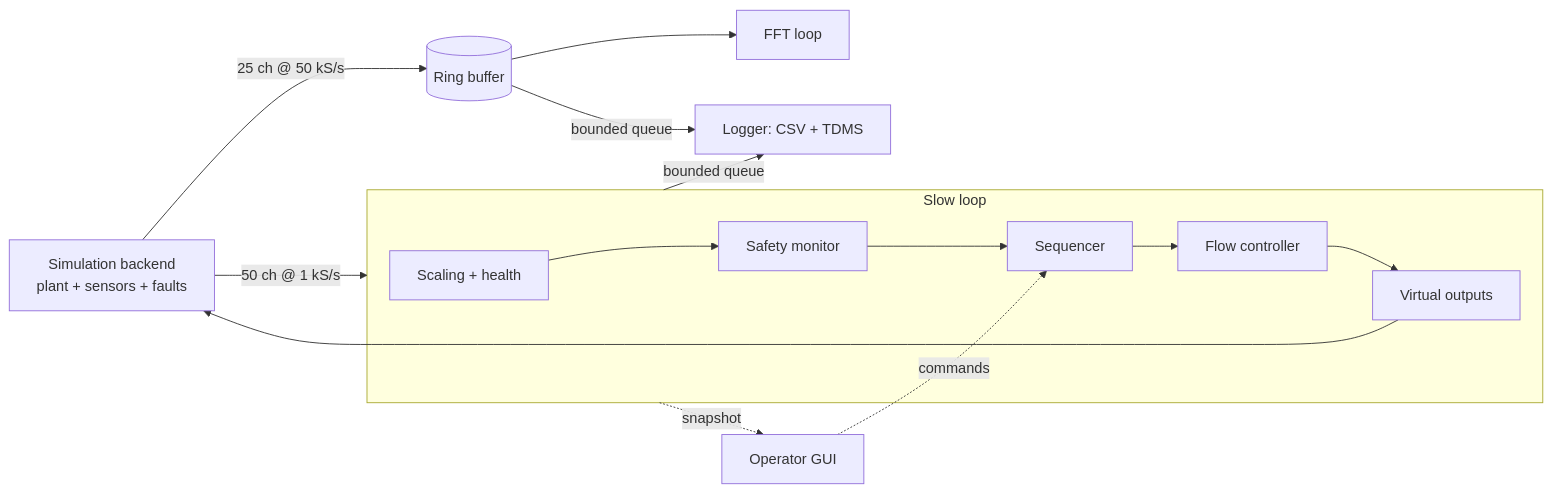
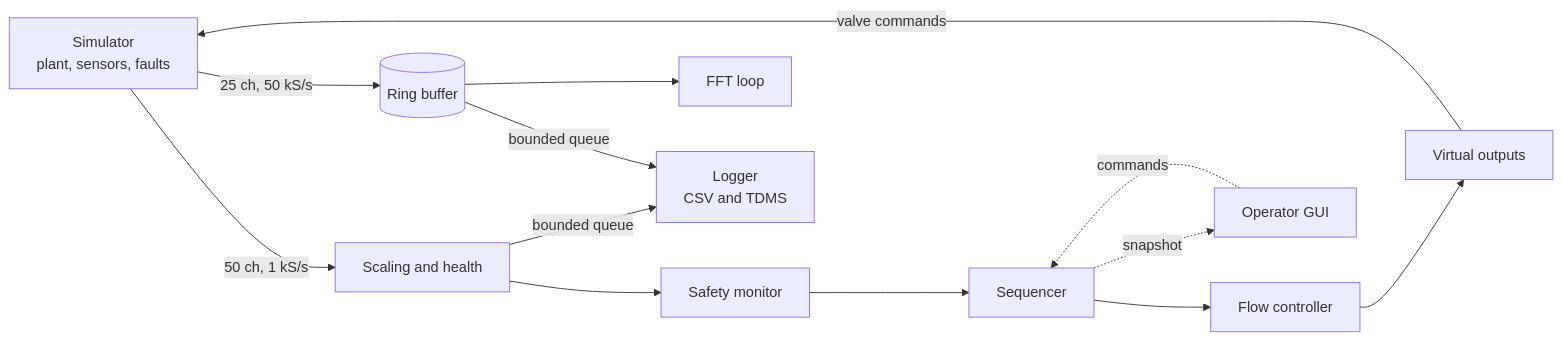
The diagram in README.md (Haridoss2004/rocket-engine-daq-flow-control), drawn with Mermaid before and after one commit. The commit also changed other lines of this file, not shown here.

Commit message:
Polish README and fix architecture diagram

````diff
--- a/README.md
+++ b/README.md
@@ -141,14 +162,23 @@
 ```mermaid
 flowchart LR
-  SIM[Simulation backend<br/>plant + sensors + faults] -- 50 ch @ 1 kS/s --> SLOW
-  SIM -- 25 ch @ 50 kS/s --> BUF[(Ring buffer)]
-  subgraph SLOW[Slow loop]
-    SC[Scaling + health] --> SAFE[Safety monitor] --> SEQ[Sequencer] --> CTL[Flow controller] --> OUT[Virtual outputs]
-  end
-  OUT --> SIM
-  BUF --> FFT[FFT loop]
-  SLOW -- bounded queue --> LOG[Logger: CSV + TDMS]
-  BUF -- bounded queue --> LOG
-  SLOW -. snapshot .-> GUI[Operator GUI]
-  GUI -. commands .-> SEQ
+    SIM["Simulator<br/>plant, sensors, faults"]
+    SC["Scaling and health"]
+    SAFE["Safety monitor"]
+    SEQ["Sequencer"]
+    CTL["Flow controller"]
+    OUT["Virtual outputs"]
+    BUF[("Ring buffer")]
+    FFT["FFT loop"]
+    LOG["Logger<br/>CSV and TDMS"]
+    GUI["Operator GUI"]
+
+    SIM -->|"50 ch, 1 kS/s"| SC
+    SC --> SAFE --> SEQ --> CTL --> OUT
+    OUT -->|"valve commands"| SIM
+    SIM -->|"25 ch, 50 kS/s"| BUF
+    BUF --> FFT
+    SC -->|"bounded queue"| LOG
+    BUF -->|"bounded queue"| LOG
+    SEQ -.->|"snapshot"| GUI
+    GUI -.->|"commands"| SEQ
 ```
````
